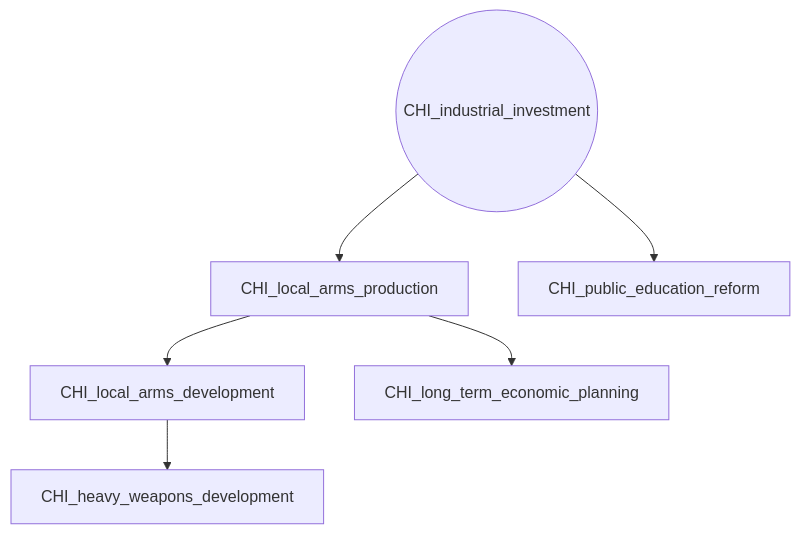
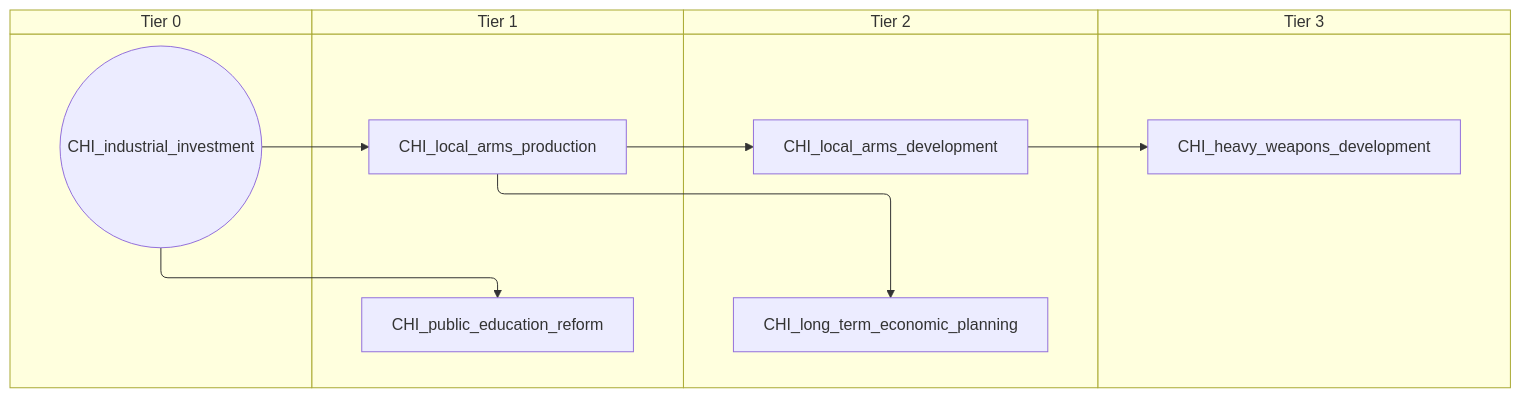
The first of 3 diagrams in docs/gdd/National Focuses/china_warlord.md (evgeny-sobol/hoi4-sandbox-mode), drawn with Mermaid before and after one commit. The commit also changed other lines of this file and 80 other files, not shown here.

First line of the commit message:
Add swimlane mode to focus graph exporter

````diff
--- a/docs/gdd/National Focuses/china_warlord.md
+++ b/docs/gdd/National Focuses/china_warlord.md
@@ -3,14 +3,22 @@
 ```mermaid
-flowchart TD
-    n1["CHI_heavy_weapons_development"]
-    n2(("CHI_industrial_investment"))
-    n3["CHI_local_arms_development"]
-    n4["CHI_local_arms_production"]
-    n5["CHI_long_term_economic_planning"]
-    n6["CHI_public_education_reform"]
-    n3 --> n1
-    n4 --> n3
+swimlane-beta TD
+    subgraph tier_0["Tier 0"]
+        n1(("CHI_industrial_investment"))
+    end
+    subgraph tier_1["Tier 1"]
+        n2["CHI_local_arms_production"]
+        n3["CHI_public_education_reform"]
+    end
+    subgraph tier_2["Tier 2"]
+        n4["CHI_local_arms_development"]
+        n5["CHI_long_term_economic_planning"]
+    end
+    subgraph tier_3["Tier 3"]
+        n6["CHI_heavy_weapons_development"]
+    end
+    n4 --> n6
     n2 --> n4
-    n4 --> n5
-    n2 --> n6
+    n1 --> n2
+    n2 --> n5
+    n1 --> n3
 ```
````
